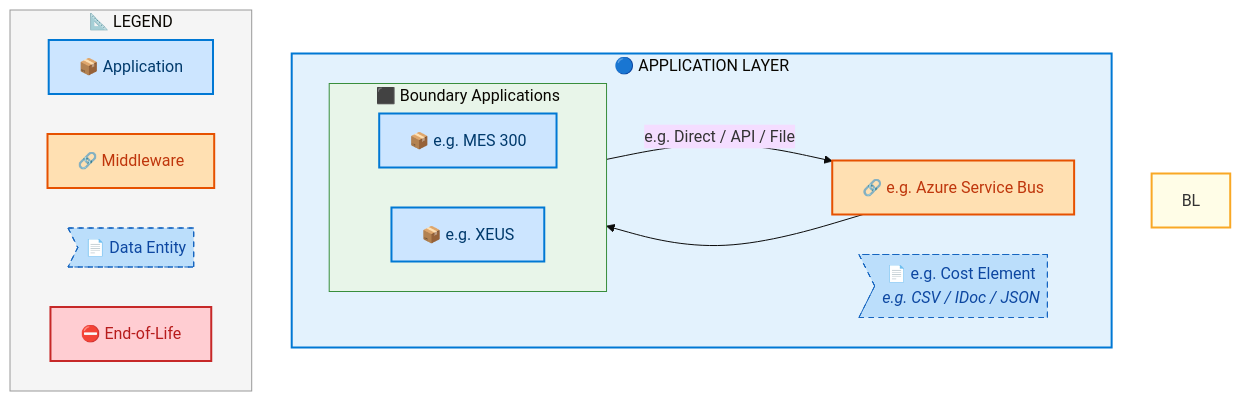
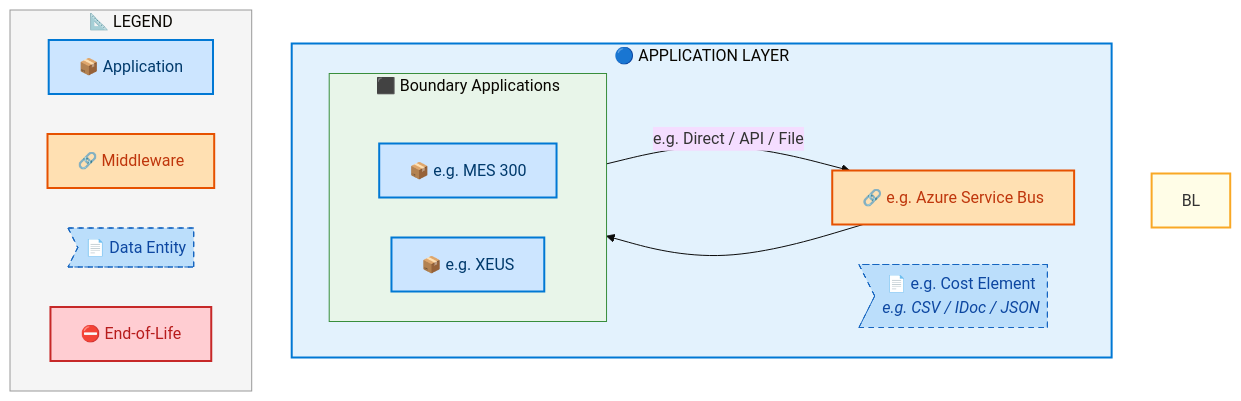
Before and after one commit to sajivfrancis777/IAO-Architecture: the fifth of 7 diagrams in towers/E2E/Procure to Pay/E2E-47/output/docs/systems-architecture/E2E-47-Architecture.md, drawn with Mermaid. The commit also changed other lines of this file and 250 other files, not shown here.

First line of the commit message:
perf+fix: lazy Mermaid rendering + rank-enforced layer ordering

````diff
--- a/towers/E2E/Procure to Pay/E2E-47/output/docs/systems-architecture/E2E-47-Architecture.md
+++ b/towers/E2E/Procure to Pay/E2E-47/output/docs/systems-architecture/E2E-47-Architecture.md
@@ -461,42 +463,44 @@
 ```mermaid
 %%{init: {"theme": "base", "securityLevel": "loose", "themeVariables": {"fontSize": "16px", "fontFamily": "Segoe UI, Arial, sans-serif"}, "flowchart": {"useMaxWidth": false, "htmlLabels": true, "nodeSpacing": 40, "rankSpacing": 50}} }%%
 flowchart TB
     %% -- ArchiMate 3.2 + Azure style classes --
     classDef business      fill:#FFFFB3,stroke:#F9A825,stroke-width:2px,color:#000
     classDef app           fill:#CCE5FF,stroke:#0078D4,stroke-width:2px,color:#003A6C
     classDef data          fill:#BBDEFB,stroke:#1565C0,stroke-width:1px,color:#0D47A1,stroke-dasharray: 5 5
     classDef middleware    fill:#FFE0B2,stroke:#E65100,stroke-width:2px,color:#BF360C
     classDef eol           fill:#FFCDD2,stroke:#C62828,stroke-width:2px,color:#B71C1C
     classDef saas          fill:#E1BEE7,stroke:#7B1FA2,stroke-width:2px,color:#4A148C
     classDef cloud         fill:#BBDEFB,stroke:#1565C0,stroke-width:2px,color:#0D47A1
     classDef onprem        fill:#C8E6C9,stroke:#2E7D32,stroke-width:2px,color:#1B5E20
+    classDef rankAnchor    width:0px,height:0px,padding:0px,margin:0px,fill:none,stroke:none
 
     subgraph AL["🔵 APPLICATION LAYER"]
         direction LR
         subgraph E2E47FLN_Boundary_Applications[" ⬛ Boundary Applications"]
             direction LR
+            E2E47F_ALRANK_0[ ]:::rankAnchor
             E2E47F_e_g_MES_300["📦 e.g. MES 300"]:::app
             E2E47F_e_g_XEUS["📦 e.g. XEUS"]:::app
         end
         E2E47FMW_e_g_Azure_Service_Bus["🔗 e.g. Azure Service Bus"]:::middleware
         E2E47FDE_e_g_Cost_Element>"📄 e.g. Cost Element<br/><i>e.g. CSV / IDoc / JSON</i>"]:::data
     end
 
     E2E47F_e_g_MES_300 -->|"e.g. Direct / API / File"| E2E47FMW_e_g_Azure_Service_Bus
     E2E47FMW_e_g_Azure_Service_Bus --> E2E47F_e_g_XEUS
 
 
     style BL fill:#FFFDE7,stroke:#F9A825,stroke-width:2px
     style AL fill:#E3F2FD,stroke:#0078D4,stroke-width:2px
 
     style E2E47FLN_Boundary_Applications fill:#E8F5E9,stroke:#388E3C,stroke-width:1px
 
     subgraph Legend["📐 LEGEND"]
         direction LR
         L_APP["📦 Application"]:::app
         L_MW["🔗 Middleware"]:::middleware
         L_DE>"📄 Data Entity"]:::data
         L_EOL["⛔ End-of-Life"]:::eol
     end
     style Legend fill:#F5F5F5,stroke:#999,stroke-width:1px
 ```
````
